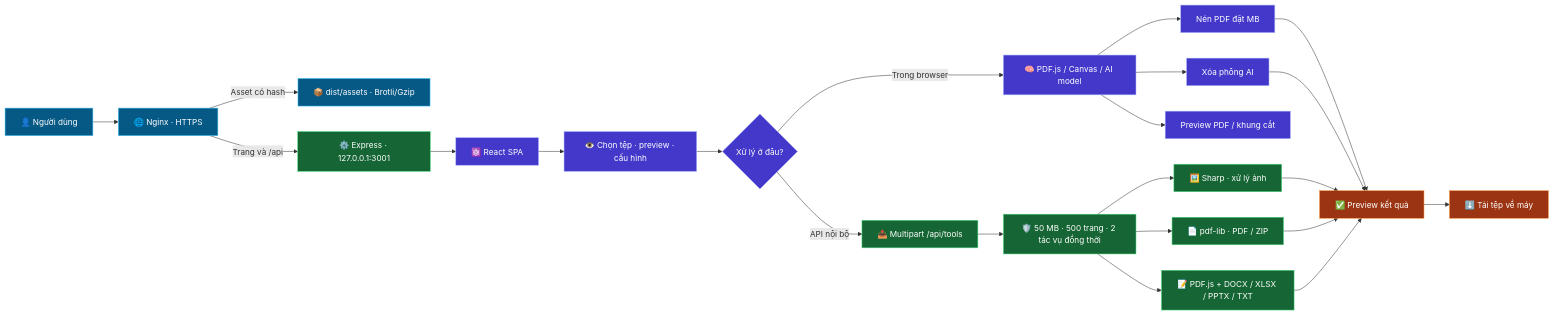
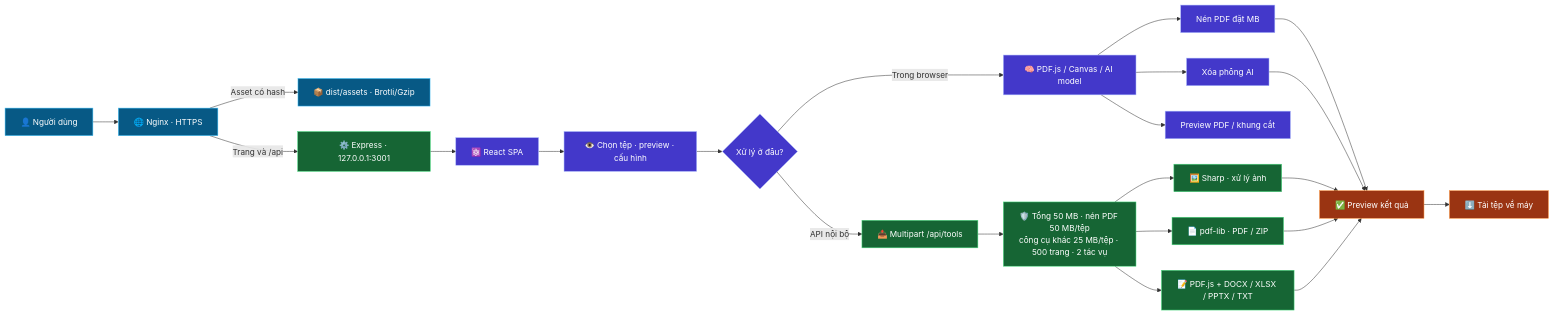
The first of 5 diagrams in DIAGRAMS.md (phamcongdanh98/Web-tool-ALL), drawn with Mermaid before and after one commit. The commit also changed 9 other files, not shown here.

````diff
--- a/DIAGRAMS.md
+++ b/DIAGRAMS.md
@@ -7,37 +7,37 @@
 ```mermaid
 flowchart LR
     U["👤 Người dùng"] --> N["🌐 Nginx · HTTPS"]
     N -->|"Asset có hash"| S["📦 dist/assets · Brotli/Gzip"]
     N -->|"Trang và /api"| E["⚙️ Express · 127.0.0.1:3001"]
     E --> R["⚛️ React SPA"]
     R --> P["👁️ Chọn tệp · preview · cấu hình"]
 
     P --> C{"Xử lý ở đâu?"}
     C -->|"Trong browser"| B["🧠 PDF.js / Canvas / AI model"]
     C -->|"API nội bộ"| A["📤 Multipart /api/tools"]
 
     B --> B1["Nén PDF đặt MB"]
     B --> B2["Xóa phông AI"]
     B --> B3["Preview PDF / khung cắt"]
 
-    A --> G["🛡️ 50 MB · 500 trang · 2 tác vụ đồng thời"]
+    A --> G["🛡️ Tổng 50 MB · nén PDF 50 MB/tệp<br/>công cụ khác 25 MB/tệp · 500 trang · 2 tác vụ"]
     G --> I["🖼️ Sharp · xử lý ảnh"]
     G --> D["📄 pdf-lib · PDF / ZIP"]
     G --> O["📝 PDF.js + DOCX / XLSX / PPTX / TXT"]
 
     B1 --> X["✅ Preview kết quả"]
     B2 --> X
     I --> X
     D --> X
     O --> X
     X --> T["⬇️ Tải tệp về máy"]
 
     classDef edge fill:#075985,stroke:#38bdf8,color:#fff;
     classDef browser fill:#4338ca,stroke:#a5b4fc,color:#fff;
     classDef server fill:#166534,stroke:#4ade80,color:#fff;
     classDef result fill:#9a3412,stroke:#fb923c,color:#fff;
     class U,N,S edge;
     class R,P,C,B,B1,B2,B3 browser;
     class E,A,G,I,D,O server;
     class X,T result;
 ```
````
